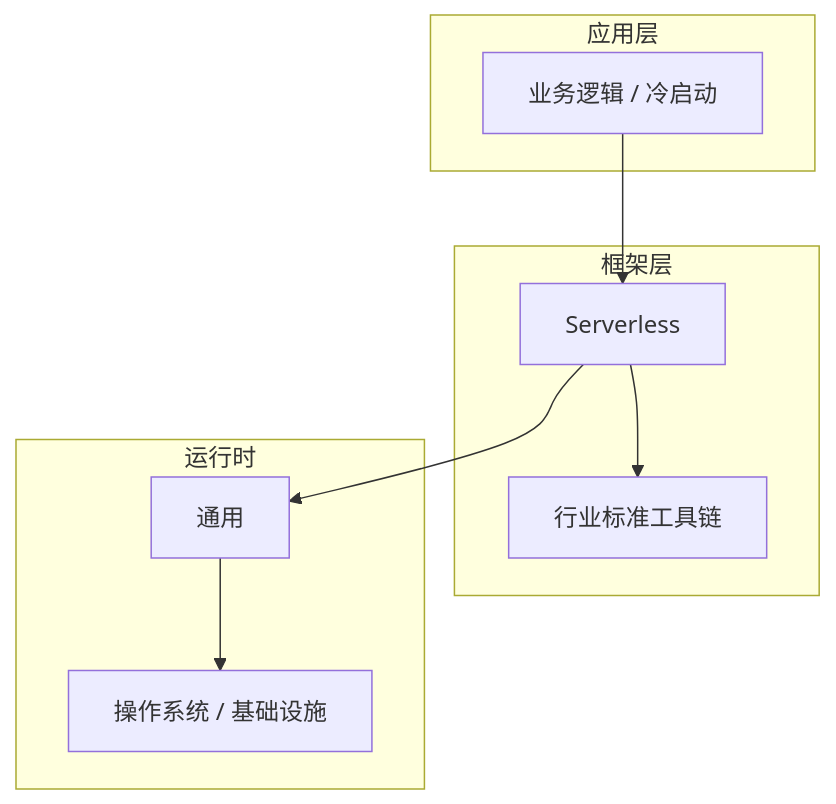
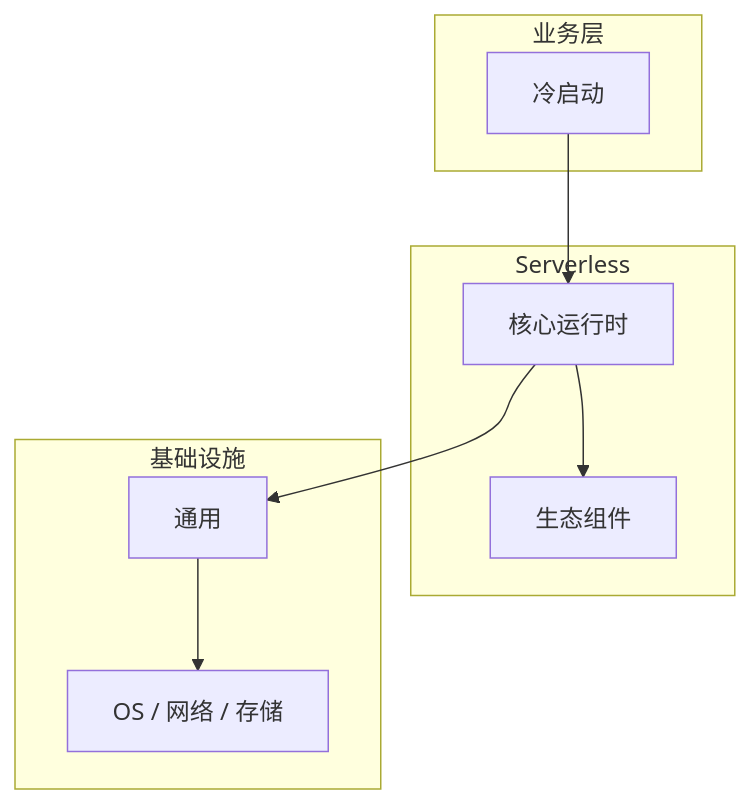
The diagram in articles/Serverless/chapters/041-冷启动核心概念与原理.md (yanggan2015/knowledge-json-v2), drawn with Mermaid before and after one commit. The commit also changed other lines of this file and 10127 other files, not shown here.

````diff
--- a/articles/Serverless/chapters/041-冷启动核心概念与原理.md
+++ b/articles/Serverless/chapters/041-冷启动核心概念与原理.md
@@ -45,18 +34,18 @@
 ```mermaid
 graph TB
-    subgraph 应用层
-        A[业务逻辑 / 冷启动]
+    subgraph 业务层
+        A[冷启动]
     end
-    subgraph 框架层
-        B[Serverless]
-        C[行业标准工具链]
+    subgraph Serverless
+        B[核心运行时]
+        C[生态组件]
     end
-    subgraph 运行时
+    subgraph 基础设施
         D[通用]
-        E[操作系统 / 基础设施]
+        E[OS / 网络 / 存储]
     end
     A --> B
     B --> C
     B --> D
     D --> E
 ```
````
